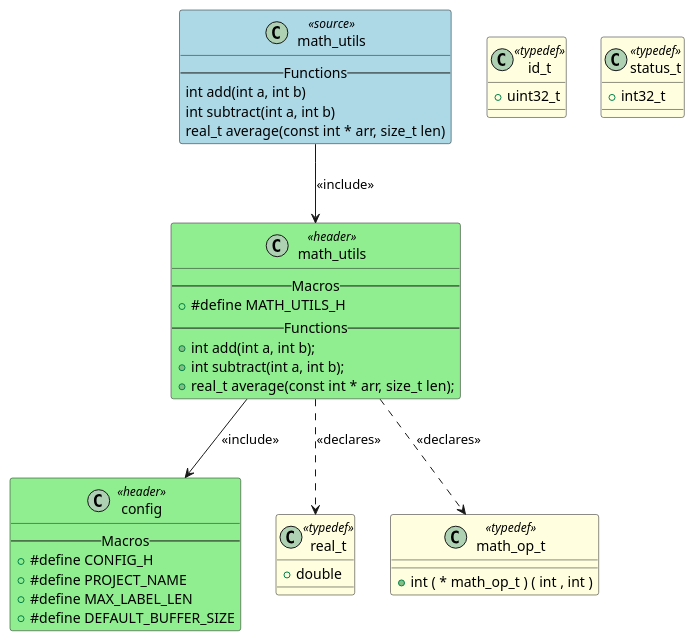
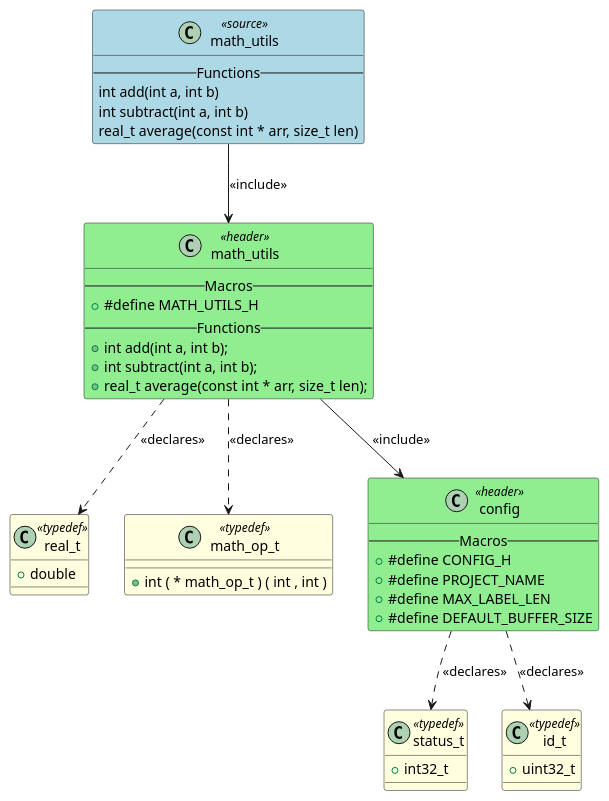
Before and after one commit to fischerjooo/c2puml: the diagram in output/math_utils.puml, drawn with PlantUML. The commit also changed 13 other files, not shown here.

```diff
--- a/output/math_utils.puml
+++ b/output/math_utils.puml
@@ -1,53 +1,55 @@
 @startuml math_utils
 
 class "math_utils" as MATH_UTILS <<source>> #LightBlue
 {
 -- Functions --
 int add(int a, int b)
 int subtract(int a, int b)
 real_t average(const int * arr, size_t len)
+}
+
+class "real_t" as TYPEDEF_REAL_T <<typedef>> #LightYellow
+{
++ double
+}
+
+class "math_op_t" as TYPEDEF_MATH_OP_T <<typedef>> #LightYellow
+{
++ int ( * math_op_t ) ( int , int )
+}
+
+class "status_t" as TYPEDEF_STATUS_T <<typedef>> #LightYellow
+{
++ int32_t
+}
+
+class "id_t" as TYPEDEF_ID_T <<typedef>> #LightYellow
+{
++ uint32_t
 }
 
 class "math_utils" as HEADER_MATH_UTILS <<header>> #LightGreen
 {
 -- Macros --
 + #define MATH_UTILS_H
 -- Functions --
 + int add(int a, int b);
 + int subtract(int a, int b);
 + real_t average(const int * arr, size_t len);
 }
 class "config" as HEADER_CONFIG <<header>> #LightGreen
 {
 -- Macros --
 + #define CONFIG_H
 + #define PROJECT_NAME
 + #define MAX_LABEL_LEN
 + #define DEFAULT_BUFFER_SIZE
 }
-class "real_t" as TYPEDEF_real_t <<typedef>> #LightYellow
-{
-+ double
-}
-
-class "math_op_t" as TYPEDEF_math_op_t <<typedef>> #LightYellow
-{
-+ int ( * math_op_t ) ( int , int )
-}
-
-class "id_t" as TYPEDEF_id_t <<typedef>> #LightYellow
-{
-+ uint32_t
-}
-
-class "status_t" as TYPEDEF_status_t <<typedef>> #LightYellow
-{
-+ int32_t
-}
-
 MATH_UTILS --> HEADER_MATH_UTILS : <<include>>
 HEADER_MATH_UTILS --> HEADER_CONFIG : <<include>>
-HEADER_MATH_UTILS ..> TYPEDEF_real_t : <<declares>>
-HEADER_MATH_UTILS ..> TYPEDEF_math_op_t : <<declares>>
+HEADER_MATH_UTILS ..> TYPEDEF_REAL_T : <<declares>>
+HEADER_MATH_UTILS ..> TYPEDEF_MATH_OP_T : <<declares>>
+HEADER_CONFIG ..> TYPEDEF_ID_T : <<declares>>
+HEADER_CONFIG ..> TYPEDEF_STATUS_T : <<declares>>
 
 @enduml
```
